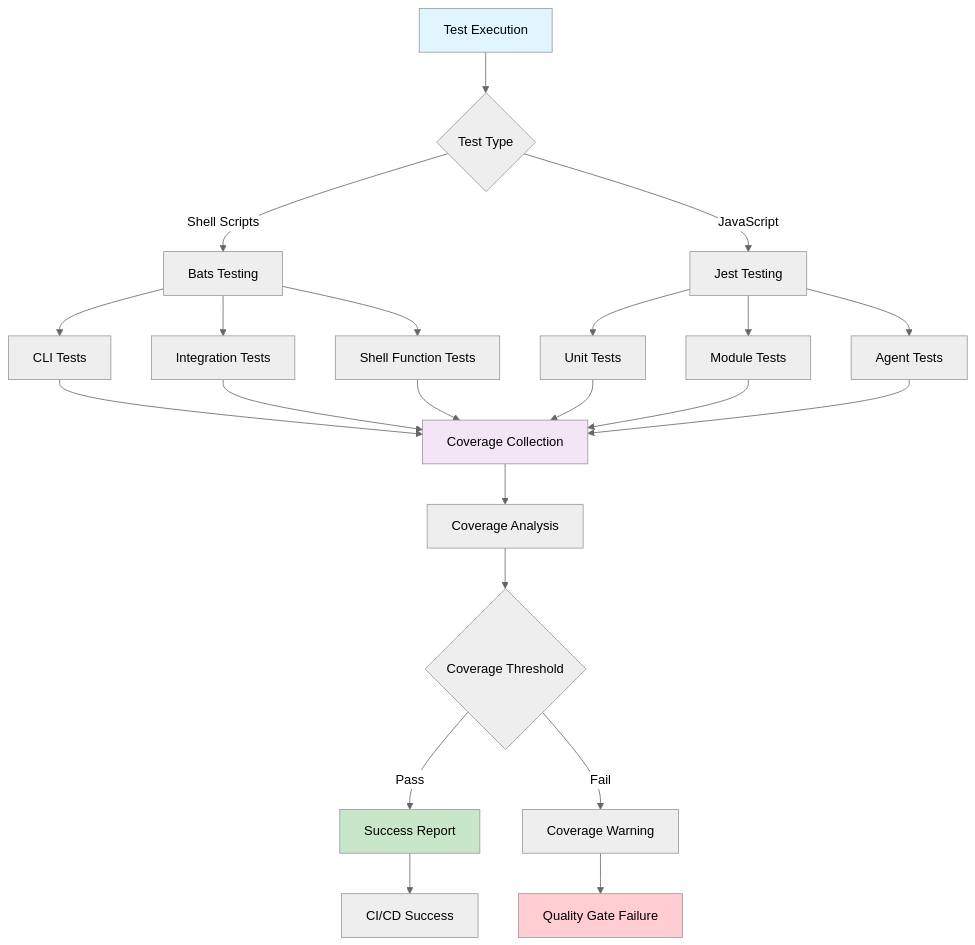
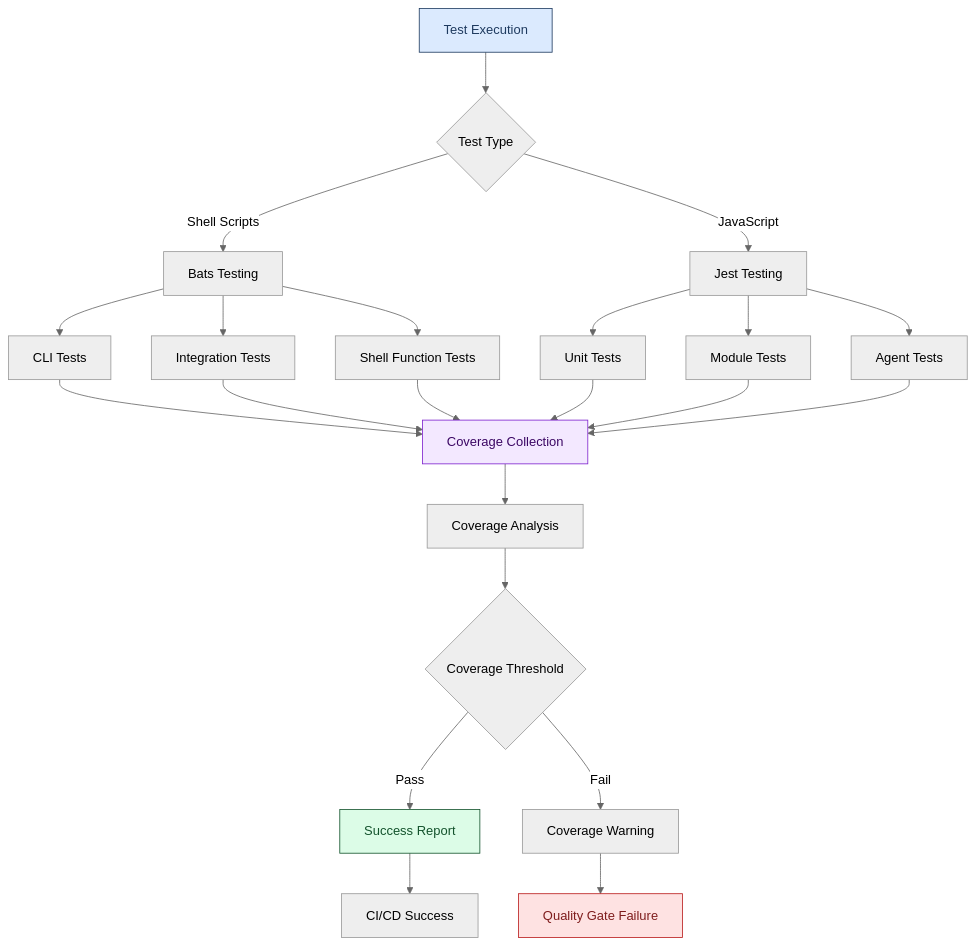
One commit to lightspeedwp/.github changed the third of 3 diagrams in tests/README.md. Above: the diagram before and after it, drawn with Mermaid (neutral theme). The commit also changed other lines of this file and 16 other files, not shown here.

First line of the commit message:
docs(mermaid): repository-wide diagram colour sweep and content refresh (#982)

````diff
--- a/tests/README.md
+++ b/tests/README.md
@@ -225,36 +229,38 @@
 ```mermaid
+---
+accTitle: Test coverage analysis and quality gates flow
+accDescr: Comprehensive flow showing test execution branching by type, coverage collection from Bats and Jest tests, coverage analysis against thresholds, with success reporting and quality gate failure handling.
+---
 flowchart TD
-accTitle: "Test coverage analysis and quality gates flow"
-accDescr: "Comprehensive flow showing test execution branching by type, coverage collection from Bats and Jest tests, coverage analysis against thresholds, with success reporting and quality gate failure handling."
     A[Test Execution] --> B{Test Type}
     B -->|Shell Scripts| C[Bats Testing]
     B -->|JavaScript| D[Jest Testing]
 
     C --> E[CLI Tests]
     C --> F[Integration Tests]
     C --> G[Shell Function Tests]
 
     D --> H[Unit Tests]
     D --> I[Module Tests]
     D --> J[Agent Tests]
 
     E --> K[Coverage Collection]
     F --> K
     G --> K
     H --> K
     I --> K
     J --> K
 
     K --> L[Coverage Analysis]
     L --> M{Coverage Threshold}
     M -->|Pass| N[Success Report]
     M -->|Fail| O[Coverage Warning]
 
     N --> P[CI/CD Success]
     O --> Q[Quality Gate Failure]
 
-    style A fill:#e1f5fe
-    style K fill:#f3e5f5
-    style N fill:#c8e6c9
-    style Q fill:#ffcdd2
+    style A fill:#dbeafe,color:#1e3a5f,stroke:#1e3a5f
+    style K fill:#f3e8ff,color:#3b0764,stroke:#7e22ce
+    style N fill:#dcfce7,color:#14532d,stroke:#14532d
+    style Q fill:#fee2e2,color:#7f1d1d,stroke:#b91c1c
 ```
````
